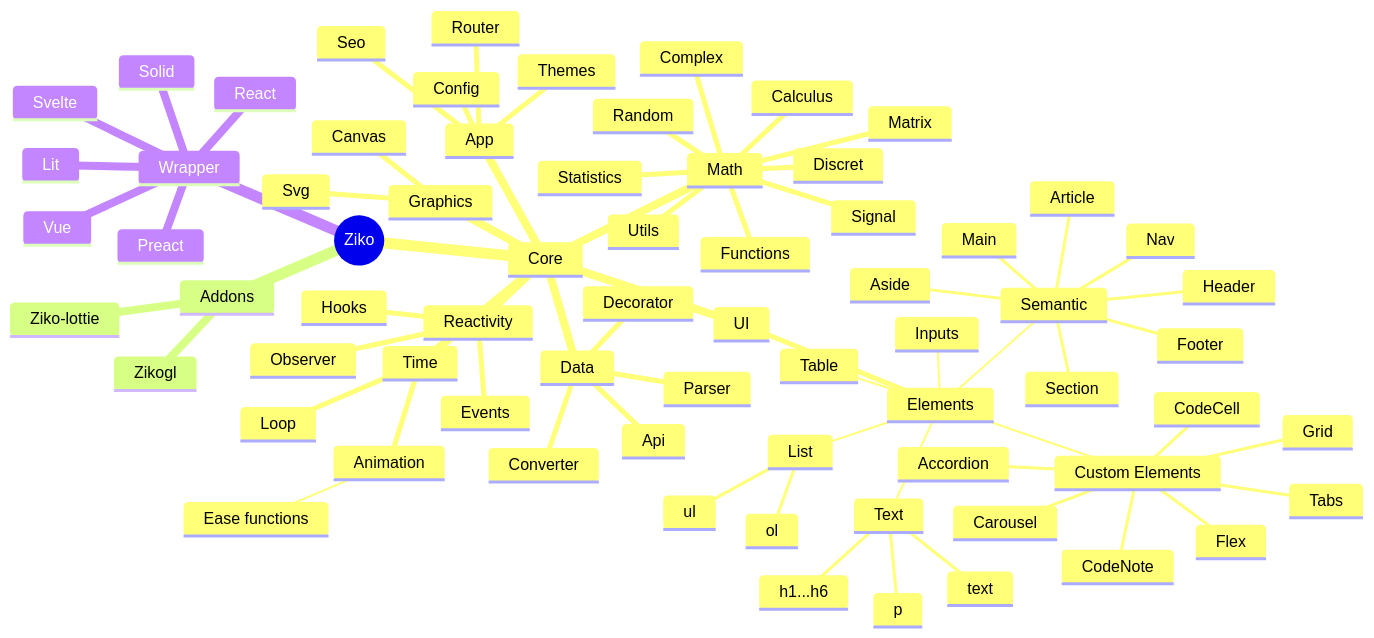
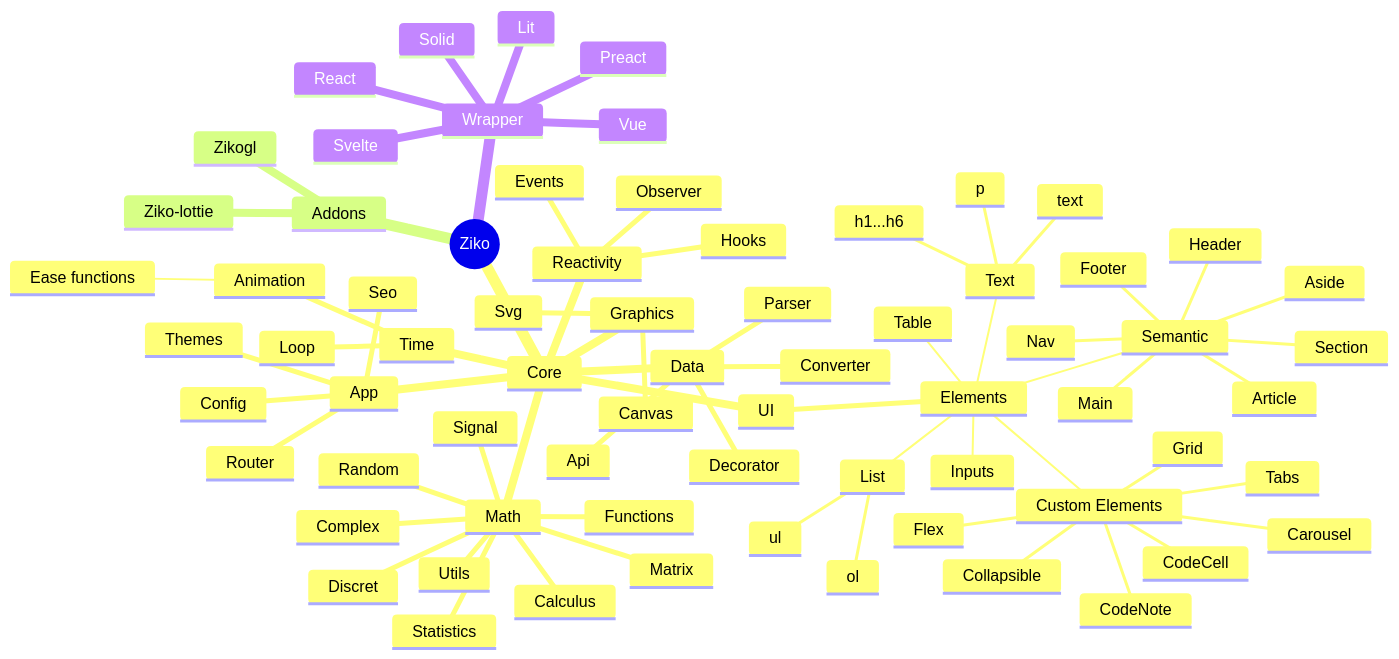
The diagram in OLD_README.md (zakarialaoui10/ziko.js), drawn with Mermaid before and after one commit. The commit also changed 28 other files, not shown here.

````diff
--- a/OLD_README.md
+++ b/OLD_README.md
@@ -9,73 +9,73 @@
 ```mermaid
 mindmap
   root((Ziko))
    Core
     Math
      Utils
      Functions
      Complex
      Matrix 
      Random
      Calculus
      Signal
      Discret
      Statistics
     UI
      Elements
       Text
        text
        p 
        h1...h6
       List 
        ol
        ul
       Table 
       Inputs
       Semantic
        Main
        Header
        Footer
        Section
        Article
        Nav
        Aside
       Custom Elements
        Flex
        Grid
-       Accordion
+       Collapsible
        Carousel
        Tabs
        CodeCell
        CodeNote
     Time
      Animation
       Ease functions
      Loop
     Data
      Api
      Converter
      Decorator
      Parser
     Reactivity
      Events
      Observer
      Hooks
     Graphics
      Svg
      Canvas
     App
      Router
      Seo
      Config
      Themes
    Addons
     Zikogl
     Ziko-lottie
    Wrapper
     React
     Svelte
     Vue
     Lit
     Solid
     Preact
 ```
````
